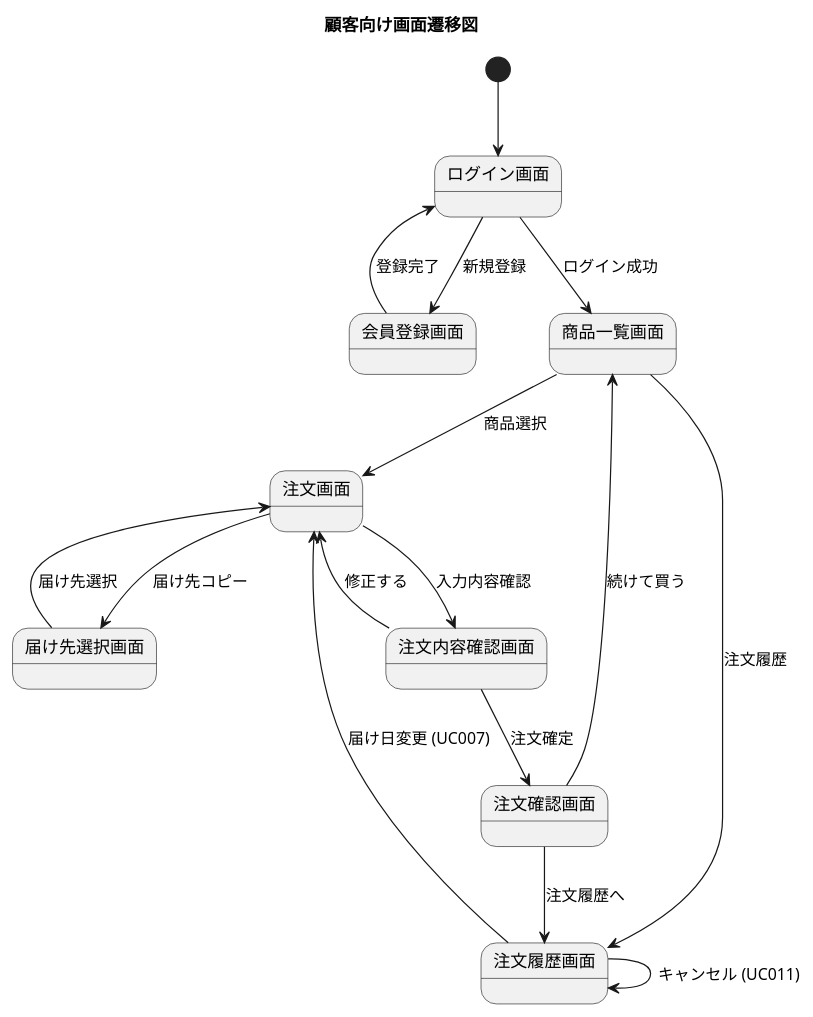
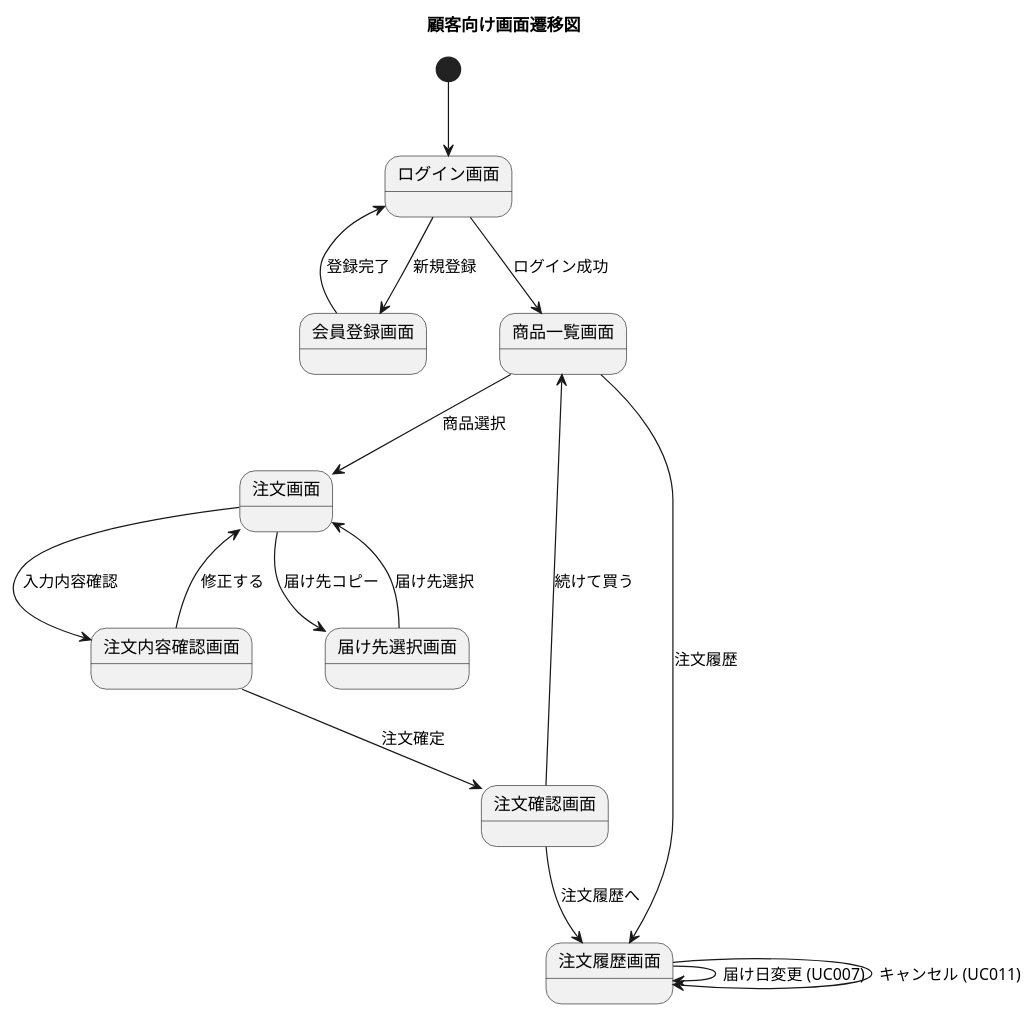
Before and after one commit to k2works/case-study-bouquet: the first of 17 diagrams in docs/design/ui_design.md, drawn with PlantUML. The commit also changed other lines of this file and 2 other files, not shown here.

````diff
--- a/docs/design/ui_design.md
+++ b/docs/design/ui_design.md
@@ -31,25 +31,25 @@
 ```plantuml
 @startuml
 title 顧客向け画面遷移図
 
 [*] --> ログイン画面
 
 ログイン画面 --> 会員登録画面 : 新規登録
 ログイン画面 --> 商品一覧画面 : ログイン成功
 会員登録画面 --> ログイン画面 : 登録完了
 
 商品一覧画面 --> 注文画面 : 商品選択
 注文画面 --> 届け先選択画面 : 届け先コピー
 届け先選択画面 --> 注文画面 : 届け先選択
 注文画面 --> 注文内容確認画面 : 入力内容確認
 注文内容確認画面 --> 注文画面 : 修正する
 注文内容確認画面 --> 注文確認画面 : 注文確定
 注文確認画面 --> 商品一覧画面 : 続けて買う
 注文確認画面 --> 注文履歴画面 : 注文履歴へ
 
 商品一覧画面 --> 注文履歴画面 : 注文履歴
-注文履歴画面 --> 注文画面 : 届け日変更 (UC007)
+注文履歴画面 --> 注文履歴画面 : 届け日変更 (UC007)
 注文履歴画面 --> 注文履歴画面 : キャンセル (UC011)
 
 @enduml
 ```
````
